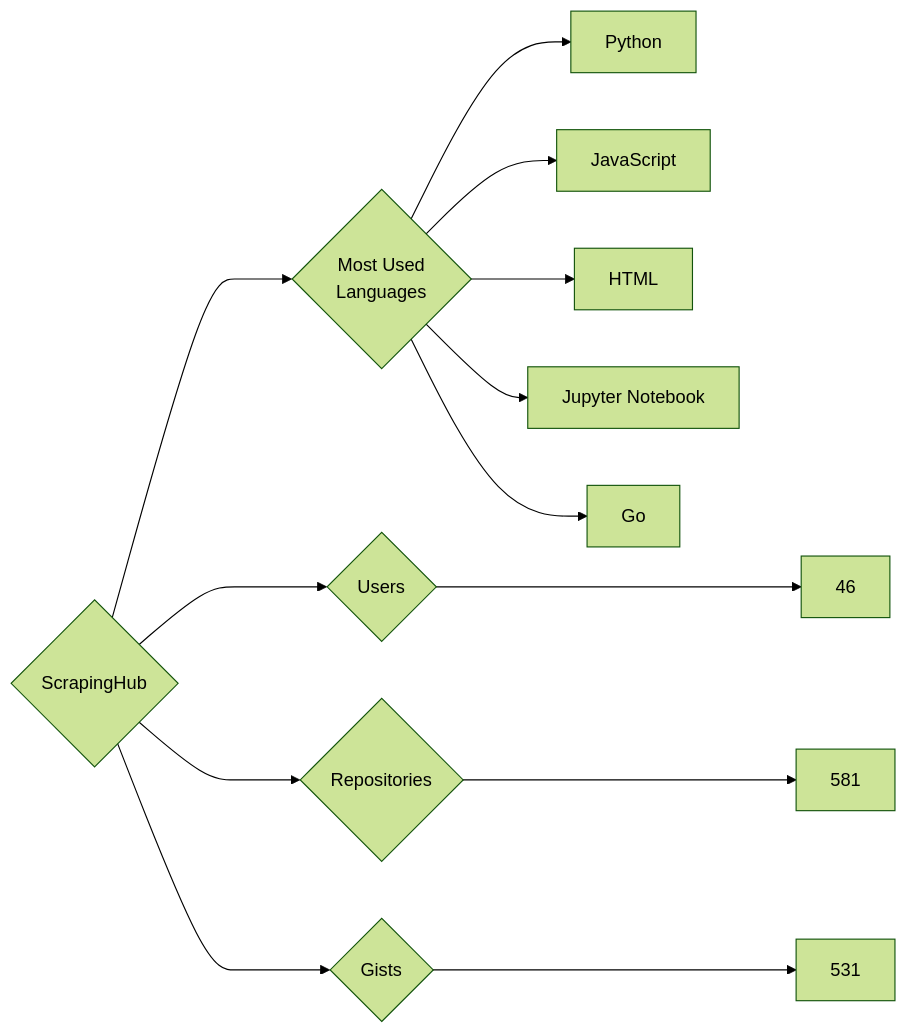
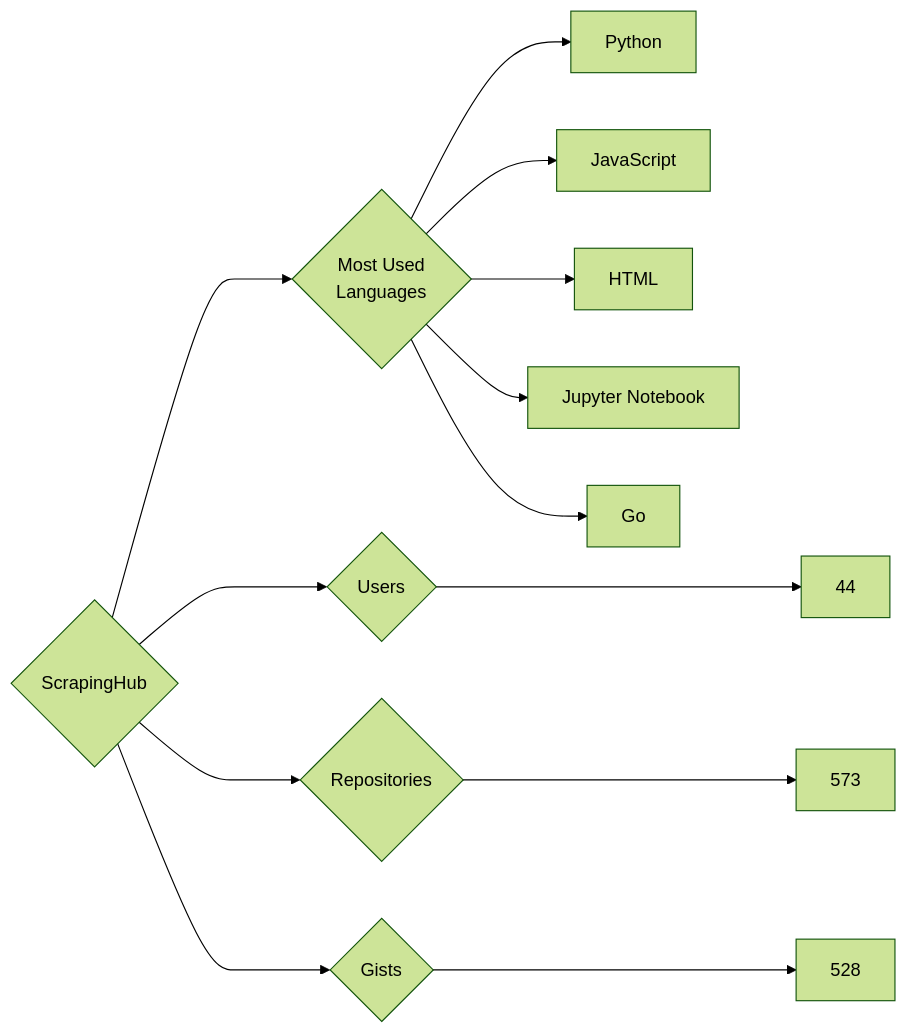
Before and after one commit to trickest/insiders: the diagram in targets/ScrapingHub/README.md, drawn with Mermaid (forest theme). The commit also changed 851 other files, not shown here.

````diff
--- a/targets/ScrapingHub/README.md
+++ b/targets/ScrapingHub/README.md
@@ -3,13 +3,13 @@
 ```mermaid
 graph LR
 COMPANY_NAME{ScrapingHub}
-COMPANY_NAME ---> U{Users} ---> UN[46]
-COMPANY_NAME ---> R{Repositories} ---> RN[581]
-COMPANY_NAME ---> G{Gists} ---> GN[531]
+COMPANY_NAME ---> U{Users} ---> UN[44]
+COMPANY_NAME ---> R{Repositories} ---> RN[573]
+COMPANY_NAME ---> G{Gists} ---> GN[528]
 COMPANY_NAME ---> ML{Most Used<br>Languages}
 ML --> Python[Python]
 ML --> JavaScript[JavaScript]
 ML --> HTML[HTML]
 ML --> Jupyter_Notebook[Jupyter Notebook]
 ML --> Go[Go]
 ```
````
